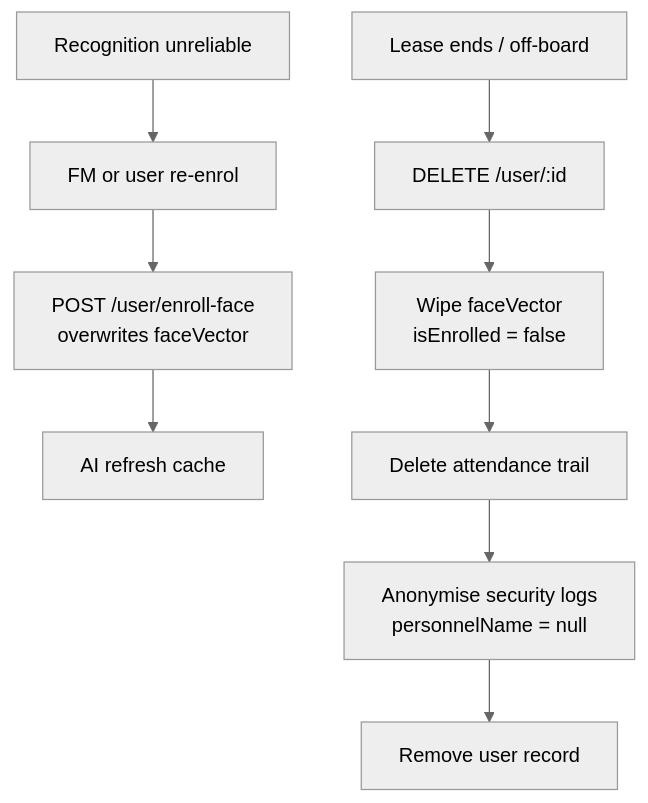
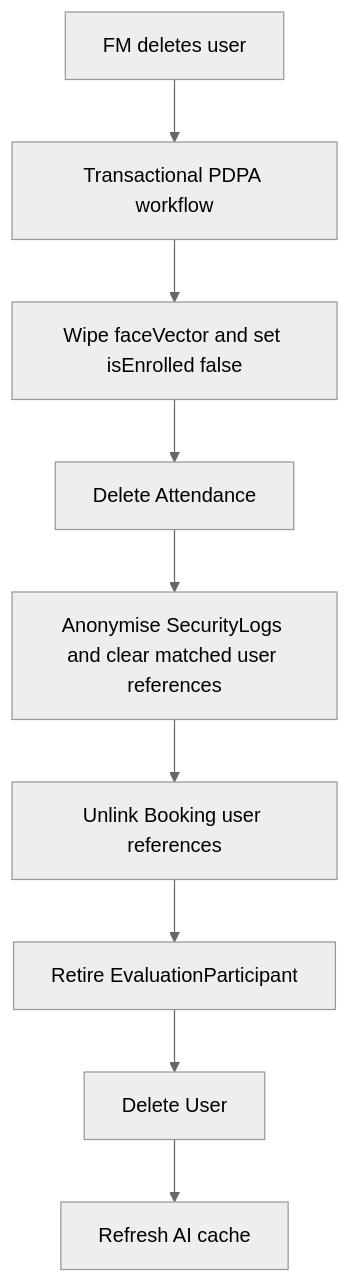
The third of 3 diagrams in design/md/facial-recognition-flow.md (keatkean/FlowGuard), drawn with Mermaid (neutral theme) before and after one commit. The commit also changed other lines of this file and 43 other files, not shown here.

Commit message:
docs: align public site and project evidence with FlowGuard PoC

````diff
--- a/design/md/facial-recognition-flow.md
+++ b/design/md/facial-recognition-flow.md
@@ -36,12 +46,11 @@
 ```mermaid
 flowchart TB
-  R1[Recognition unreliable] --> R2[FM or user re-enrol]
-  R2 --> R3[POST /user/enroll-face<br/>overwrites faceVector]
-  R3 --> R4[AI refresh cache]
-
-  D1[Lease ends / off-board] --> D2[DELETE /user/:id]
-  D2 --> D3[Wipe faceVector<br/>isEnrolled = false]
-  D3 --> D4[Delete attendance trail]
-  D4 --> D5[Anonymise security logs<br/>personnelName = null]
-  D5 --> D6[Remove user record]
+  A[FM deletes user] --> B[Transactional PDPA workflow]
+  B --> C[Wipe faceVector and set isEnrolled false]
+  C --> D[Delete Attendance]
+  D --> E[Anonymise SecurityLogs and clear matched user references]
+  E --> F[Unlink Booking user references]
+  F --> G[Retire EvaluationParticipant]
+  G --> H[Delete User]
+  H --> I[Refresh AI cache]
 ```
````
